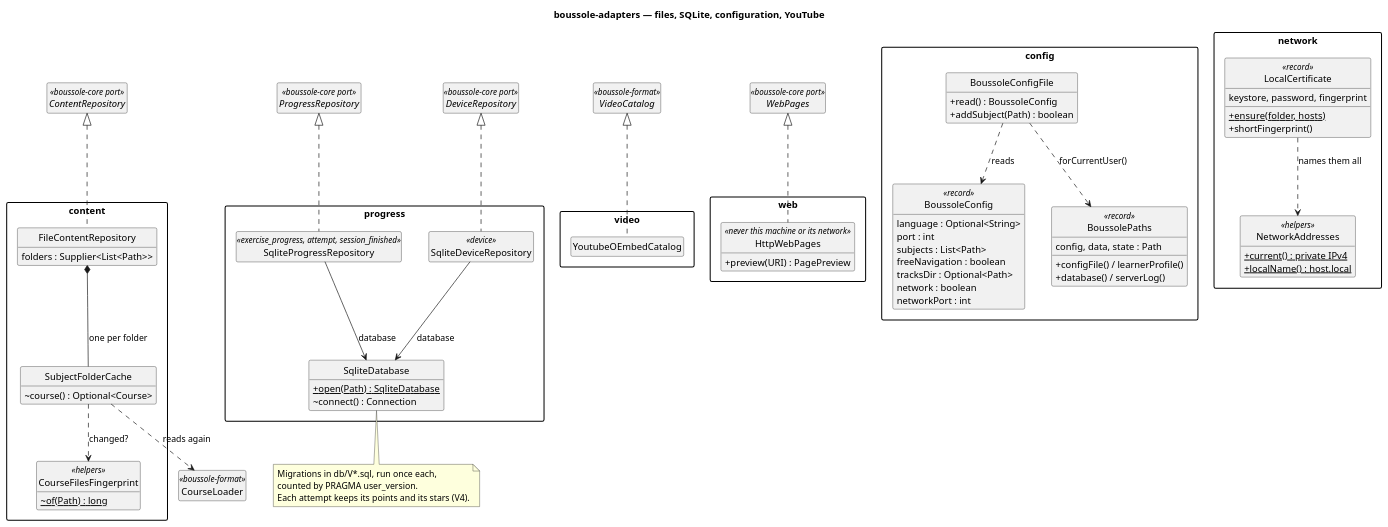
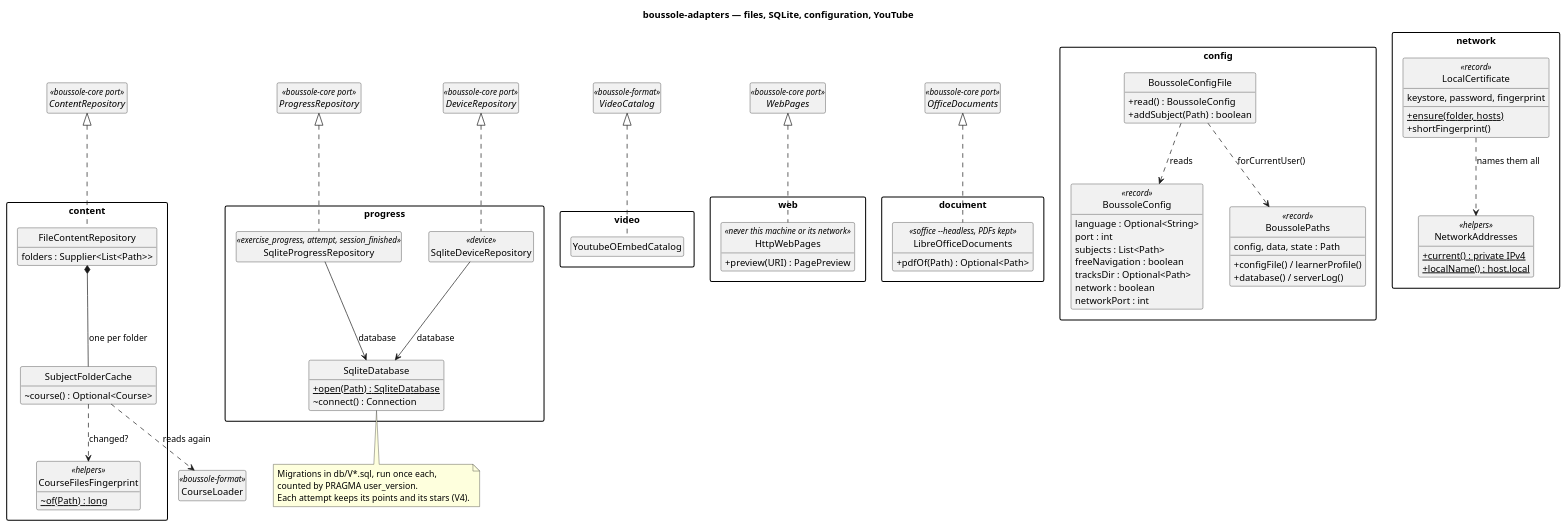
The diagram in docs/diagrams/60-adapters.puml (lucasssoh/Boussole), drawn with PlantUML before and after one commit. The commit also changed 23 other files, not shown here.

First line of the commit message:
Viewer : a Word or PowerPoint document the course cites opens beside the text as a PDF, at its page, instead of being downloaded

```diff
--- a/docs/diagrams/60-adapters.puml
+++ b/docs/diagrams/60-adapters.puml
@@ -1,100 +1,108 @@
 @startuml 60-adapters
 skinparam packageStyle rectangle
 skinparam classAttributeIconSize 0
 skinparam nodesep 40
 skinparam ranksep 50
 hide empty members
 hide circle
 title boussole-adapters — files, SQLite, configuration, YouTube
 
 package "content" {
   class FileContentRepository {
     folders : Supplier<List<Path>>
   }
   class SubjectFolderCache {
     ~course() : Optional<Course>
   }
   class CourseFilesFingerprint <<helpers>> {
     ~{static} of(Path) : long
   }
 }
 
 package "progress" {
   class SqliteProgressRepository <<exercise_progress, attempt, session_finished>>
   class SqliteDeviceRepository <<device>>
   class SqliteDatabase {
     +{static} open(Path) : SqliteDatabase
     ~connect() : Connection
   }
 }
 
 package "config" {
   class BoussoleConfigFile {
     +read() : BoussoleConfig
     +addSubject(Path) : boolean
   }
   class BoussoleConfig <<record>> {
     language : Optional<String>
     port : int
     subjects : List<Path>
     freeNavigation : boolean
     tracksDir : Optional<Path>
     network : boolean
     networkPort : int
   }
   class BoussolePaths <<record>> {
     config, data, state : Path
     +configFile() / learnerProfile()
     +database() / serverLog()
   }
 }
 
 package "network" {
   class NetworkAddresses <<helpers>> {
     +{static} current() : private IPv4
     +{static} localName() : host.local
   }
   class LocalCertificate <<record>> {
     keystore, password, fingerprint
     +{static} ensure(folder, hosts)
     +shortFingerprint()
   }
 }
 
 package "video" {
   class YoutubeOEmbedCatalog
 }
 
+package "document" {
+  class LibreOfficeDocuments <<soffice --headless, PDFs kept>> {
+    +pdfOf(Path) : Optional<Path>
+  }
+}
+
 package "web" {
   class HttpWebPages <<never this machine or its network>> {
     +preview(URI) : PagePreview
   }
 }
 
 interface ContentRepository <<boussole-core port>>
 interface ProgressRepository <<boussole-core port>>
 interface DeviceRepository <<boussole-core port>>
 interface VideoCatalog <<boussole-format>>
 interface WebPages <<boussole-core port>>
+interface OfficeDocuments <<boussole-core port>>
 class CourseLoader <<boussole-format>>
 
 ContentRepository <|.. FileContentRepository
 WebPages <|.. HttpWebPages
+OfficeDocuments <|.. LibreOfficeDocuments
 FileContentRepository *-- SubjectFolderCache : one per folder
 SubjectFolderCache ..> CourseFilesFingerprint : changed?
 SubjectFolderCache ..> CourseLoader : reads again
 ProgressRepository <|.. SqliteProgressRepository
 SqliteProgressRepository --> SqliteDatabase : database
 DeviceRepository <|.. SqliteDeviceRepository
 SqliteDeviceRepository --> SqliteDatabase : database
 LocalCertificate ..> NetworkAddresses : names them all
 VideoCatalog <|.. YoutubeOEmbedCatalog
 BoussoleConfigFile ..> BoussoleConfig : reads
 BoussoleConfigFile ..> BoussolePaths : forCurrentUser()
 
 note bottom of SqliteDatabase
   Migrations in db/V*.sql, run once each,
   counted by PRAGMA user_version.
   Each attempt keeps its points and its stars (V4).
 end note
 @enduml
```
